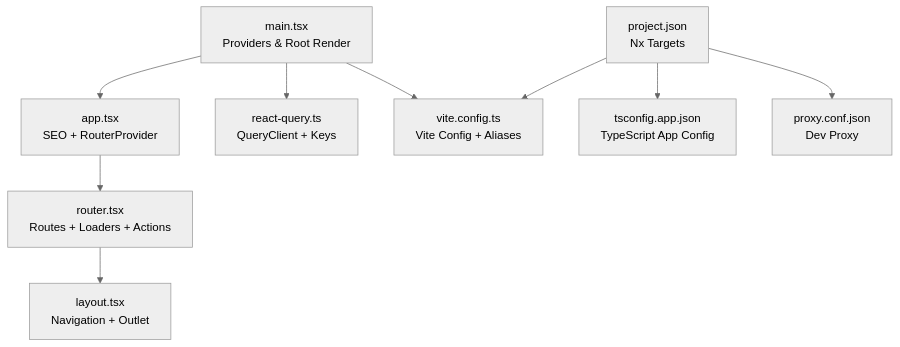
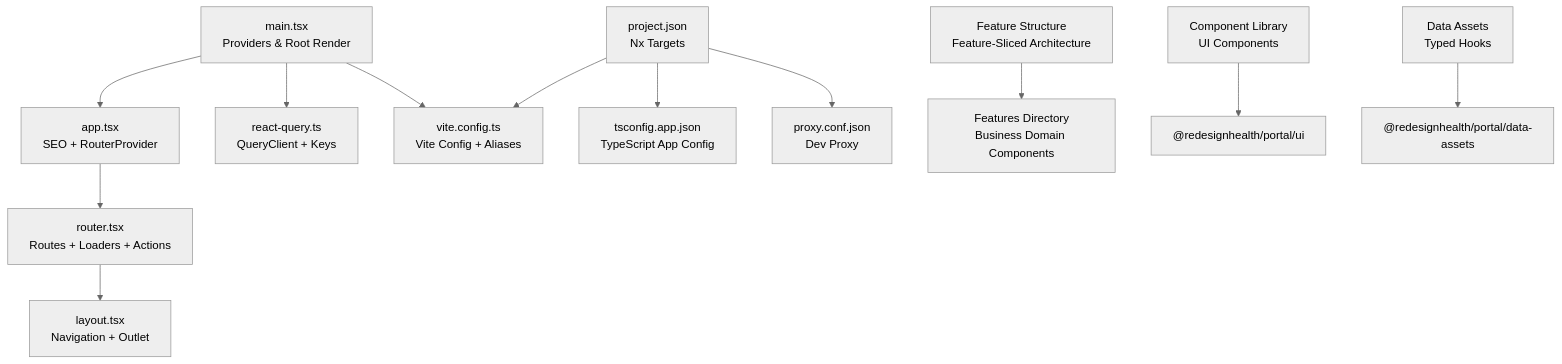
The first of 8 diagrams in .qoder/repowiki/en/content/Frontend Applications/Portal Application/Portal Application.md (effinrich/rh-nx-monorepo), drawn with Mermaid (neutral theme) before and after one commit. The commit also changed other lines of this file and 130 other files, not shown here.

````diff
--- a/.qoder/repowiki/en/content/Frontend Applications/Portal Application/Portal Application.md
+++ b/.qoder/repowiki/en/content/Frontend Applications/Portal Application/Portal Application.md
@@ -41,11 +55,14 @@
 ```mermaid
 graph TB
 A["main.tsx<br/>Providers & Root Render"] --> B["app.tsx<br/>SEO + RouterProvider"]
 B --> C["router.tsx<br/>Routes + Loaders + Actions"]
 C --> D["layout.tsx<br/>Navigation + Outlet"]
 A --> E["react-query.ts<br/>QueryClient + Keys"]
 A --> F["vite.config.ts<br/>Vite Config + Aliases"]
 G["project.json<br/>Nx Targets"] --> F
 G --> H["tsconfig.app.json<br/>TypeScript App Config"]
 G --> I["proxy.conf.json<br/>Dev Proxy"]
+J["Feature Structure<br/>Feature-Sliced Architecture"] --> K["Features Directory<br/>Business Domain Components"]
+L["Component Library<br/>UI Components"] --> M["@redesignhealth/portal/ui"]
+N["Data Assets<br/>Typed Hooks"] --> O["@redesignhealth/portal/data-assets"]
 ```
````
